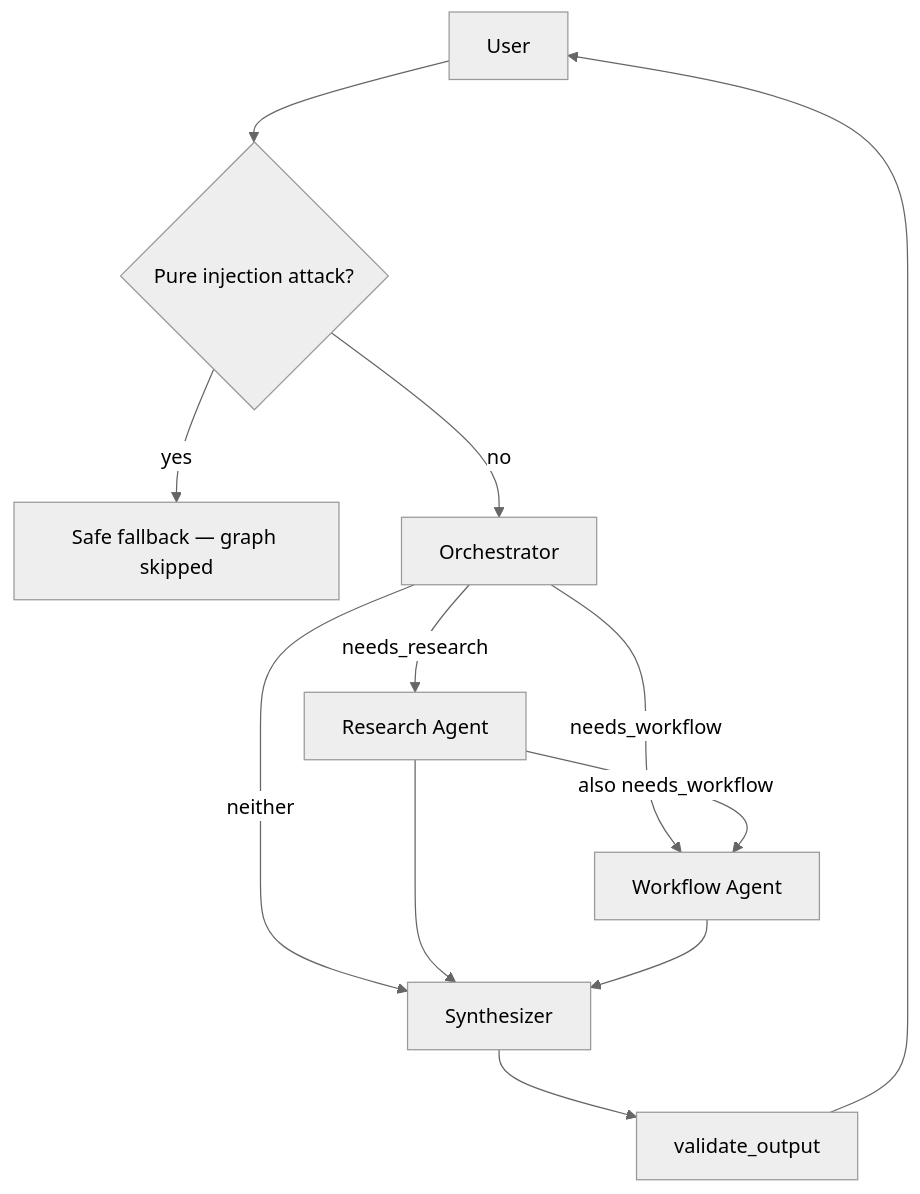
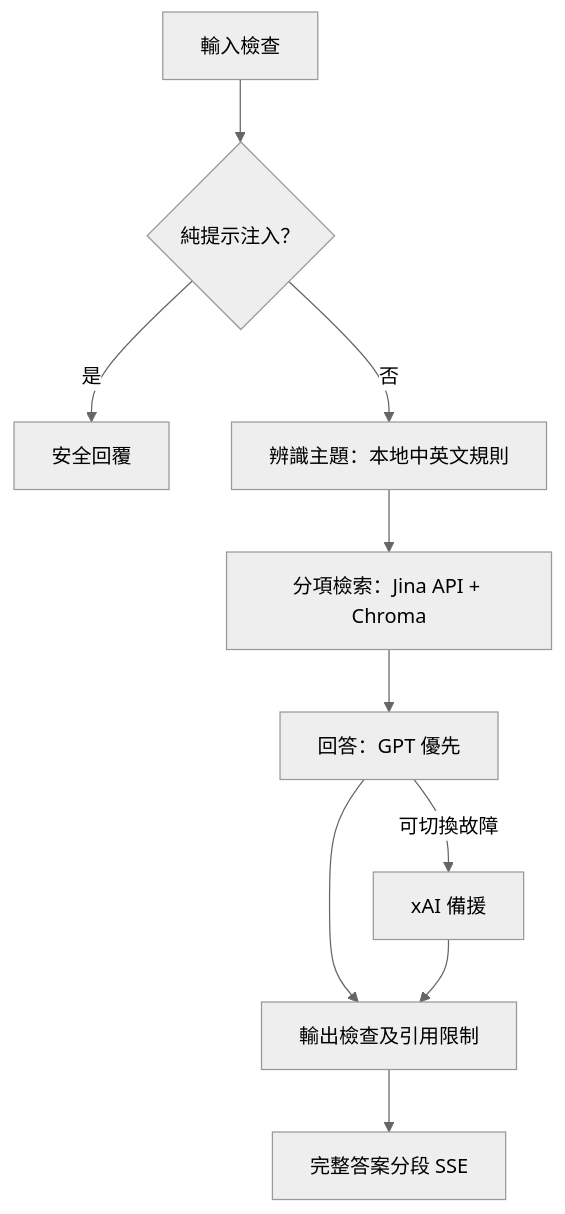
One commit to husky0787/hr-agent changed the diagram in docs/MULTI-AGENT.md. Above: the diagram before and after it, drawn with Mermaid (neutral theme). The commit also changed other lines of this file and 60 other files, not shown here.

````diff
--- a/docs/MULTI-AGENT.md
+++ b/docs/MULTI-AGENT.md
@@ -9,14 +5,12 @@
 ```mermaid
-flowchart TB
-  User --> Security{Pure injection attack?}
-  Security -->|yes| Fallback[Safe fallback — graph skipped]
-  Security -->|no| Orchestrator
-  Orchestrator -->|needs_research| Research[Research Agent]
-  Orchestrator -->|needs_workflow| Workflow[Workflow Agent]
-  Orchestrator -->|neither| Synthesizer
-  Research -->|also needs_workflow| Workflow
-  Research --> Synthesizer
-  Workflow --> Synthesizer
-  Synthesizer --> OutputGuard[validate_output]
-  OutputGuard --> User
+flowchart TD
+    Input[輸入檢查] --> Security{純提示注入？}
+    Security -->|是| Safe[安全回覆]
+    Security -->|否| Topics[辨識主題：本地中英文規則]
+    Topics --> Retrieve[分項檢索：Jina API + Chroma]
+    Retrieve --> Answer[回答：GPT 優先]
+    Answer -->|可切換故障| XAI[xAI 備援]
+    Answer --> Validate[輸出檢查及引用限制]
+    XAI --> Validate
+    Validate --> SSE[完整答案分段 SSE]
 ```
````
